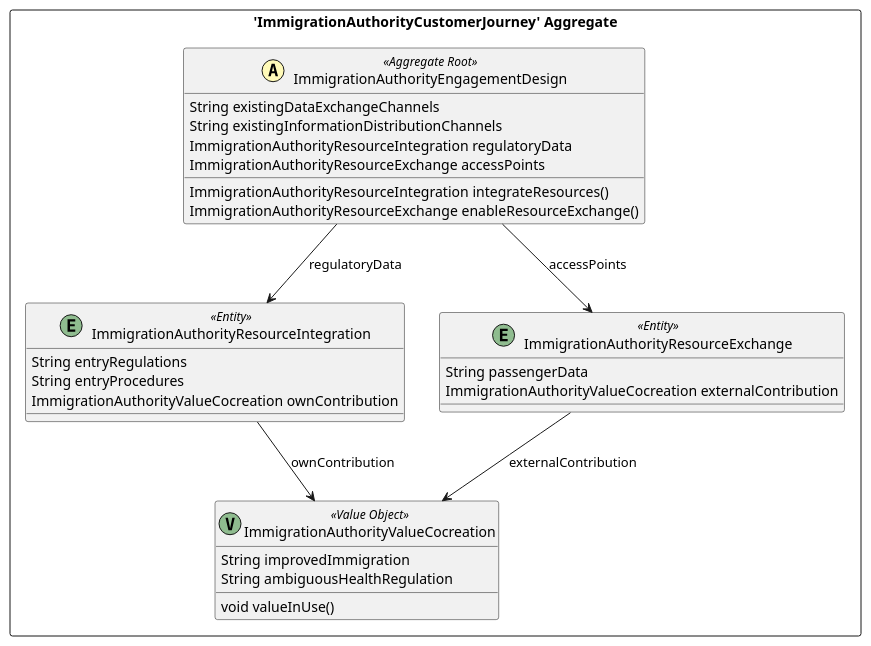
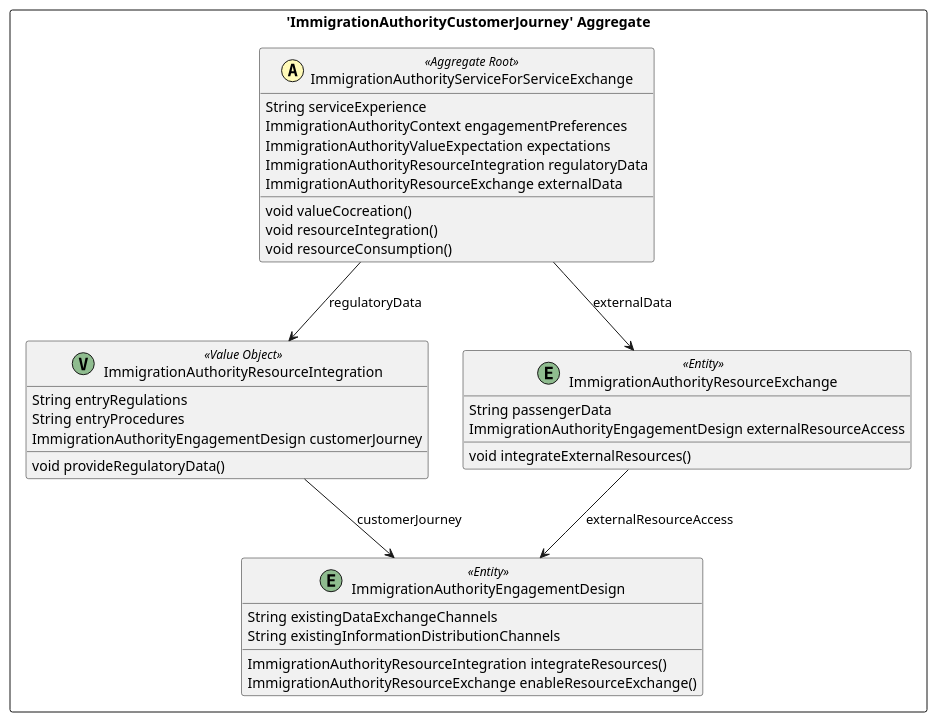
One commit to NormanBaechtold/ServiceSystem changed the diagram in src-gen/serviceSystem_BC_ImmigrationAuthorities_ImmigrationAuthorityCustomerJourney.puml. Above: the diagram before and after it, drawn with PlantUML. The commit also changed 57 other files, not shown here.

```diff
--- a/src-gen/serviceSystem_BC_ImmigrationAuthorities_ImmigrationAuthorityCustomerJourney.puml
+++ b/src-gen/serviceSystem_BC_ImmigrationAuthorities_ImmigrationAuthorityCustomerJourney.puml
@@ -1,35 +1,40 @@
 @startuml
 
 skinparam componentStyle uml2
 
 package "'ImmigrationAuthorityCustomerJourney' Aggregate" <<Rectangle>> {
-	class ImmigrationAuthorityEngagementDesign <<(A,#fffab8) Aggregate Root>> {
+	class ImmigrationAuthorityServiceForServiceExchange <<(A,#fffab8) Aggregate Root>> {
+		String serviceExperience
+		ImmigrationAuthorityContext engagementPreferences
+		ImmigrationAuthorityValueExpectation expectations
+		ImmigrationAuthorityResourceIntegration regulatoryData
+		ImmigrationAuthorityResourceExchange externalData
+		void valueCocreation()
+		void resourceIntegration()
+		void resourceConsumption()
+	}
+	class ImmigrationAuthorityResourceIntegration <<(V,DarkSeaGreen) Value Object>> {
+		String entryRegulations
+		String entryProcedures
+		ImmigrationAuthorityEngagementDesign customerJourney
+		void provideRegulatoryData()
+	}
+	class ImmigrationAuthorityEngagementDesign <<(E,DarkSeaGreen) Entity>> {
 		String existingDataExchangeChannels
 		String existingInformationDistributionChannels
-		ImmigrationAuthorityResourceIntegration regulatoryData
-		ImmigrationAuthorityResourceExchange accessPoints
 		ImmigrationAuthorityResourceIntegration integrateResources()
 		ImmigrationAuthorityResourceExchange enableResourceExchange()
 	}
-	class ImmigrationAuthorityResourceIntegration <<(E,DarkSeaGreen) Entity>> {
-		String entryRegulations
-		String entryProcedures
-		ImmigrationAuthorityValueCocreation ownContribution
-	}
 	class ImmigrationAuthorityResourceExchange <<(E,DarkSeaGreen) Entity>> {
 		String passengerData
-		ImmigrationAuthorityValueCocreation externalContribution
-	}
-	class ImmigrationAuthorityValueCocreation <<(V,DarkSeaGreen) Value Object>> {
-		String improvedImmigration
-		String ambiguousHealthRegulation
-		void valueInUse()
+		ImmigrationAuthorityEngagementDesign externalResourceAccess
+		void integrateExternalResources()
 	}
 }
-ImmigrationAuthorityEngagementDesign --> ImmigrationAuthorityResourceIntegration : regulatoryData
-ImmigrationAuthorityEngagementDesign --> ImmigrationAuthorityResourceExchange : accessPoints
-ImmigrationAuthorityResourceIntegration --> ImmigrationAuthorityValueCocreation : ownContribution
-ImmigrationAuthorityResourceExchange --> ImmigrationAuthorityValueCocreation : externalContribution
+ImmigrationAuthorityServiceForServiceExchange --> ImmigrationAuthorityResourceIntegration : regulatoryData
+ImmigrationAuthorityServiceForServiceExchange --> ImmigrationAuthorityResourceExchange : externalData
+ImmigrationAuthorityResourceIntegration --> ImmigrationAuthorityEngagementDesign : customerJourney
+ImmigrationAuthorityResourceExchange --> ImmigrationAuthorityEngagementDesign : externalResourceAccess
 
 
 @enduml
```
